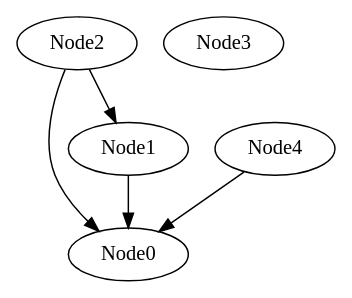
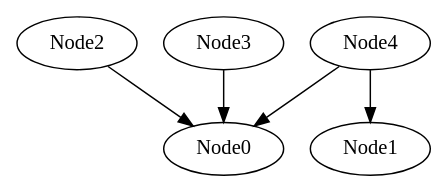
The diagram in currGraph.gv (zephyr06/DAG_NLP), drawn with Graphviz before and after one commit. The commit also changed 7 other files, not shown here.

```diff
--- a/currGraph.gv
+++ b/currGraph.gv
@@ -1,16 +1,16 @@
 // The Round Table
 digraph {
 	Node0
 	Node1
 	Node2
 	Node3
 	Node4
-	Node1 -> Node0
-
 	Node2 -> Node0
 
-	Node2 -> Node1
+	Node3 -> Node0
 
 	Node4 -> Node0
 
+	Node4 -> Node1
+
 }
```
